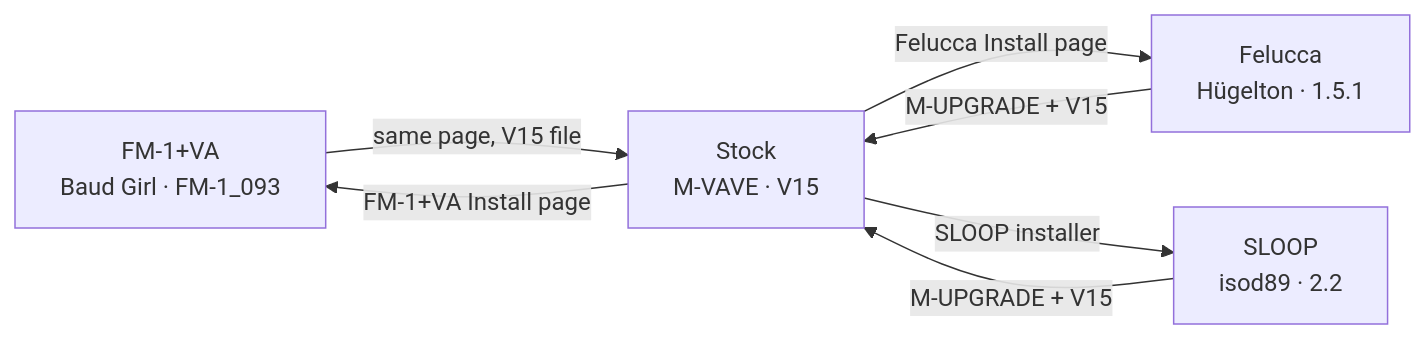
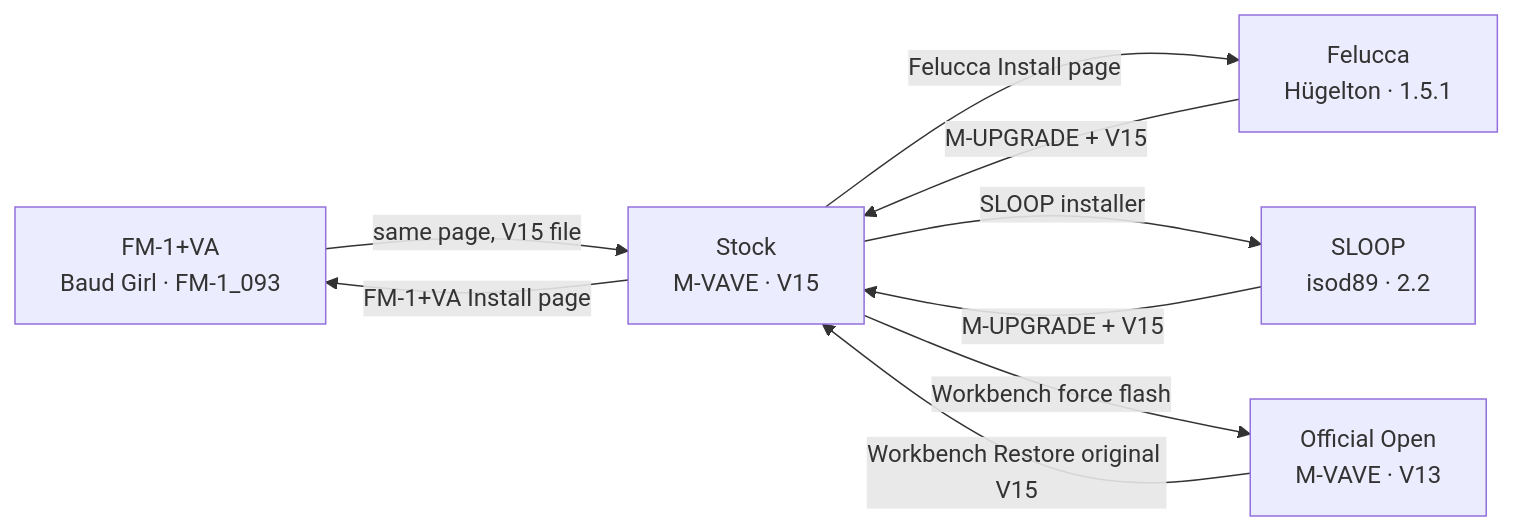
Before and after one commit to benny-sparra/fm1-dx7-patch-importer: the diagram in docs/switching-firmware.md, drawn with Mermaid. The commit also changed other lines of this file and 4 other files, not shown here.

First line of the commit message:
Catch up with Official Open V13

````diff
--- a/docs/switching-firmware.md
+++ b/docs/switching-firmware.md
@@ -14,13 +16,16 @@
 ```mermaid
 flowchart LR
   VA["FM-1+VA<br/>Baud Girl · FM-1_093"]
   Stock["Stock<br/>M-VAVE · V15"]
   Felucca["Felucca<br/>Hügelton · 1.5.1"]
   Sloop["SLOOP<br/>isod89 · 2.2"]
+  Open["Official Open<br/>M-VAVE · V13"]
   Stock -- "FM-1+VA Install page" --> VA
   VA -- "same page, V15 file" --> Stock
   Stock -- "Felucca Install page" --> Felucca
   Felucca -- "M-UPGRADE + V15" --> Stock
   Stock -- "SLOOP installer" --> Sloop
   Sloop -- "M-UPGRADE + V15" --> Stock
+  Stock -- "Workbench force flash" --> Open
+  Open -- "Workbench Restore original V15" --> Stock
 ```
````
